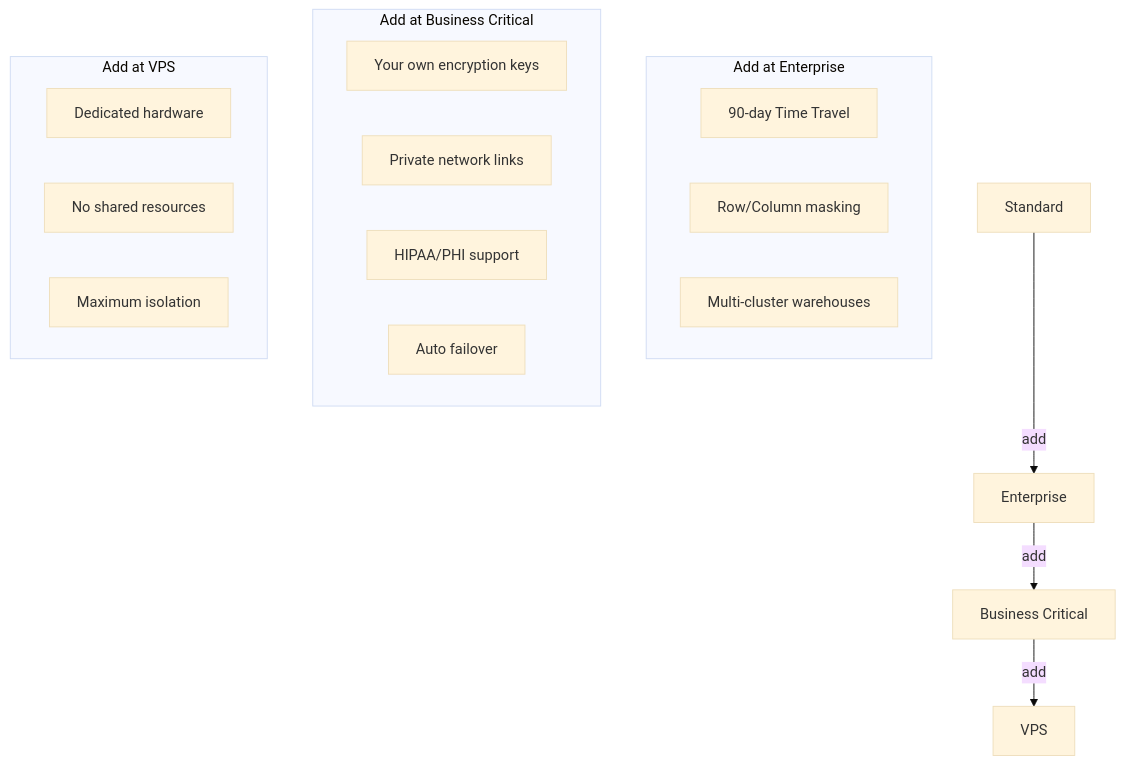
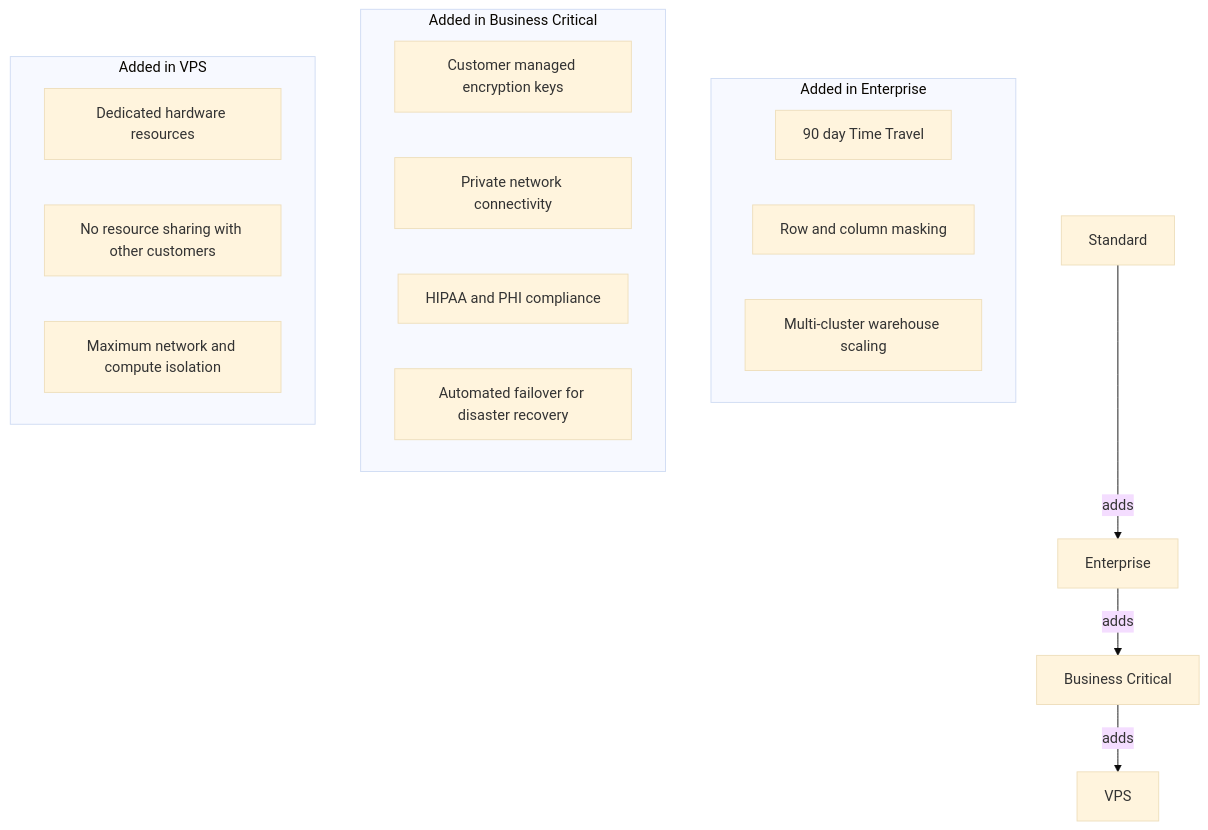
One commit to Balasubramanian-pg/COF-CO3 changed the sixth of 7 diagrams in Domain 1.0 Snowflake AI Data Cloud Features and Architecture/1.1 Snowflake Architecture/Snowflake Editions/Compare and Contrast Snowflake Editions.md. Above: the diagram before and after it, drawn with Mermaid (base theme). The commit also changed other lines of this file, not shown here.

````diff
--- a/Domain 1.0 Snowflake AI Data Cloud Features and Architecture/1.1 Snowflake Architecture/Snowflake Editions/Compare and Contrast Snowflake Editions.md
+++ b/Domain 1.0 Snowflake AI Data Cloud Features and Architecture/1.1 Snowflake Architecture/Snowflake Editions/Compare and Contrast Snowflake Editions.md
@@ -124,25 +124,25 @@
 ```mermaid
 flowchart TD
-    S[Standard] -->|add| E[Enterprise]
-    E -->|add| BC[Business Critical]
-    BC -->|add| V[VPS]
+    S[Standard] -->|adds| E[Enterprise]
+    E -->|adds| BC[Business Critical]
+    BC -->|adds| V[VPS]
     
-    subgraph "Add at Enterprise"
-        E1[90-day Time Travel]
-        E2[Row/Column masking]
-        E3[Multi-cluster warehouses]
+    subgraph "Added in Enterprise"
+        E1[90 day Time Travel]
+        E2[Row and column masking]
+        E3[Multi-cluster warehouse scaling]
     end
     
-    subgraph "Add at Business Critical"
-        BC1[Your own encryption keys]
-        BC2[Private network links]
-        BC3[HIPAA/PHI support]
-        BC4[Auto failover]
+    subgraph "Added in Business Critical"
+        BC1[Customer managed encryption keys]
+        BC2[Private network connectivity]
+        BC3[HIPAA and PHI compliance]
+        BC4[Automated failover for disaster recovery]
     end
     
-    subgraph "Add at VPS"
-        V1[Dedicated hardware]
-        V2[No shared resources]
-        V3[Maximum isolation]
+    subgraph "Added in VPS"
+        V1[Dedicated hardware resources]
+        V2[No resource sharing with other customers]
+        V3[Maximum network and compute isolation]
     end
 ```
````
